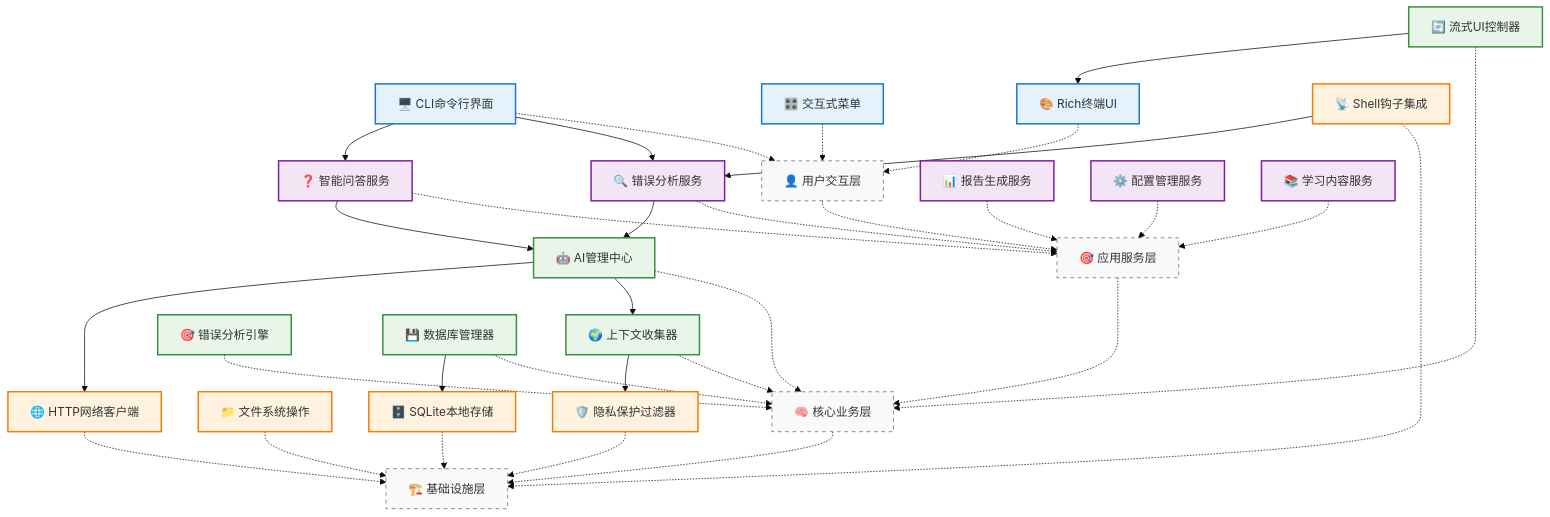
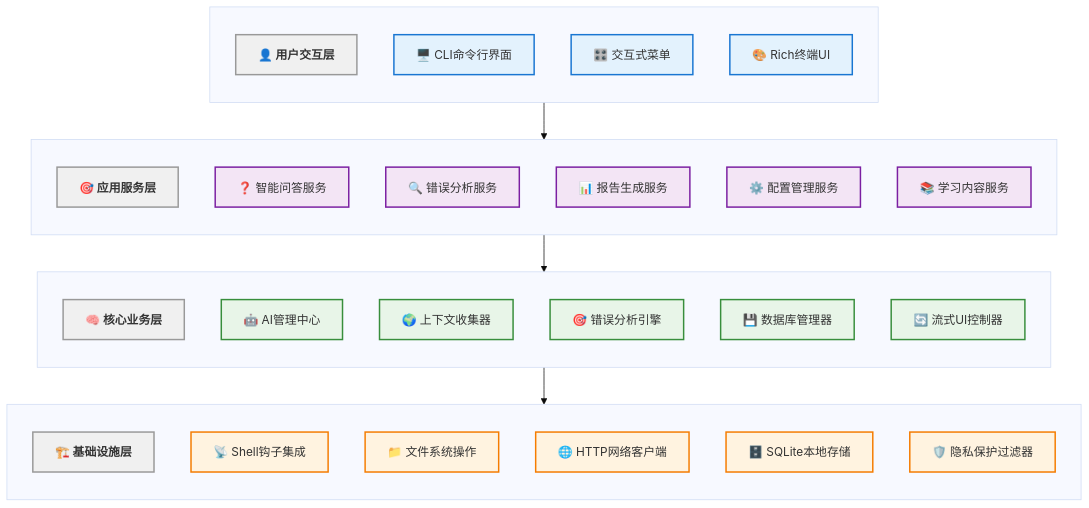
The first of 4 diagrams in docs/development/architecture.md (kangvcar/ais), drawn with Mermaid (base theme) before and after one commit.

Commit message:
refactor: 简化系统架构图，提升清晰度和可读性
### 架构图简化设计
- 🎯 **清晰的四层结构**: 使用subgraph创建四个清晰的分组
  * 每个分组内部使用direction TB确保垂直排列
  * 分组标题为空字符串，避免重复显示标题
  * 每层第一个节点作为层级标识

- 🔗 **极简连接关系**: 只保留层间的主要连接
  * User --> Service --> Core --> Infra
  * 移除所有复杂的内部连接线，避免视觉混乱
  * 突出分层架构的核心概念

- 🎨 **统一视觉风格**:
  * 层级标题使用灰色背景，与功能组件区分
  * 四种颜色代表不同层级的功能组件
  * 保持一致的边框粗细和样式

- 📐 **垂直布局优化**:
  * 每个分组内组件垂直排列，节省水平空间
  * 四个分组从上到下排列，形成清晰的分层结构
  * 整体布局更加紧凑和规整

### 可读性提升
- 消除了虚线和复杂连接造成的视觉干扰
- 分层架构关系一目了然
- 每层的功能组件清晰可见
- 整体结构简洁明了，便于理解

````diff
--- a/docs/development/architecture.md
+++ b/docs/development/architecture.md
@@ -11,79 +11,58 @@
 ```mermaid
-graph TD
-    %% 用户交互层
-    A1["🖥️ CLI命令行界面"] 
-    A2["🎛️ 交互式菜单"] 
-    A3["🎨 Rich终端UI"]
+flowchart TD
+    subgraph User [" "]
+        direction TB
+        U[👤 用户交互层]
+        A1[🖥️ CLI命令行界面]
+        A2[🎛️ 交互式菜单]
+        A3[🎨 Rich终端UI]
+    end
     
-    %% 层级分隔
-    A1 -.-> USER_LAYER["👤 用户交互层"]
-    A2 -.-> USER_LAYER
-    A3 -.-> USER_LAYER
+    subgraph Service [" "]
+        direction TB
+        S[🎯 应用服务层]
+        B1[❓ 智能问答服务]
+        B2[🔍 错误分析服务]
+        B3[📊 报告生成服务]
+        B4[⚙️ 配置管理服务]
+        B5[📚 学习内容服务]
+    end
     
-    %% 应用服务层
-    B1["❓ 智能问答服务"]
-    B2["🔍 错误分析服务"] 
-    B3["📊 报告生成服务"]
-    B4["⚙️ 配置管理服务"]
-    B5["📚 学习内容服务"]
+    subgraph Core [" "]
+        direction TB
+        C[🧠 核心业务层]
+        C1[🤖 AI管理中心]
+        C2[🌍 上下文收集器]
+        C3[🎯 错误分析引擎]
+        C4[💾 数据库管理器]
+        C5[🔄 流式UI控制器]
+    end
     
-    USER_LAYER -.-> SERVICE_LAYER["🎯 应用服务层"]
-    B1 -.-> SERVICE_LAYER
-    B2 -.-> SERVICE_LAYER
-    B3 -.-> SERVICE_LAYER
-    B4 -.-> SERVICE_LAYER
-    B5 -.-> SERVICE_LAYER
+    subgraph Infra [" "]
+        direction TB
+        I[🏗️ 基础设施层]
+        D1[📡 Shell钩子集成]
+        D2[📁 文件系统操作]
+        D3[🌐 HTTP网络客户端]
+        D4[🗄️ SQLite本地存储]
+        D5[🛡️ 隐私保护过滤器]
+    end
     
-    %% 核心业务层
-    C1["🤖 AI管理中心"]
-    C2["🌍 上下文收集器"]
-    C3["🎯 错误分析引擎"] 
-    C4["💾 数据库管理器"]
-    C5["🔄 流式UI控制器"]
+    %% 层间连接
+    User --> Service
+    Service --> Core
+    Core --> Infra
     
-    SERVICE_LAYER -.-> CORE_LAYER["🧠 核心业务层"]
-    C1 -.-> CORE_LAYER
-    C2 -.-> CORE_LAYER
-    C3 -.-> CORE_LAYER
-    C4 -.-> CORE_LAYER
-    C5 -.-> CORE_LAYER
+    %% 样式
+    classDef layerTitle fill:#f0f0f0,stroke:#999,stroke-width:2px,font-weight:bold
+    classDef userComp fill:#e3f2fd,stroke:#1976d2,stroke-width:2px
+    classDef serviceComp fill:#f3e5f5,stroke:#7b1fa2,stroke-width:2px
+    classDef coreComp fill:#e8f5e8,stroke:#388e3c,stroke-width:2px
+    classDef infraComp fill:#fff3e0,stroke:#f57c00,stroke-width:2px
     
-    %% 基础设施层
-    D1["📡 Shell钩子集成"]
-    D2["📁 文件系统操作"]
-    D3["🌐 HTTP网络客户端"]
-    D4["🗄️ SQLite本地存储"] 
-    D5["🛡️ 隐私保护过滤器"]
-    
-    CORE_LAYER -.-> INFRA_LAYER["🏗️ 基础设施层"]
-    D1 -.-> INFRA_LAYER
-    D2 -.-> INFRA_LAYER
-    D3 -.-> INFRA_LAYER
-    D4 -.-> INFRA_LAYER
-    D5 -.-> INFRA_LAYER
-    
-    %% 主要数据流 - 简化版本
-    A1 --> B2
-    A1 --> B1
-    B2 --> C1
-    B1 --> C1
-    C1 --> C2
-    C1 --> D3
-    C2 --> D5
-    C4 --> D4
-    D1 --> B2
-    C5 --> A3
-    
-    %% 样式定义
-    classDef userStyle fill:#e3f2fd,stroke:#1976d2,stroke-width:2px
-    classDef serviceStyle fill:#f3e5f5,stroke:#7b1fa2,stroke-width:2px  
-    classDef coreStyle fill:#e8f5e8,stroke:#388e3c,stroke-width:2px
-    classDef infraStyle fill:#fff3e0,stroke:#f57c00,stroke-width:2px
-    classDef layerStyle fill:#f9f9f9,stroke:#666,stroke-width:1px,stroke-dasharray: 5 5
-    
-    class A1,A2,A3 userStyle
-    class B1,B2,B3,B4,B5 serviceStyle
-    class C1,C2,C3,C4,C5 coreStyle
-    class D1,D2,D3,D4,D5 infraStyle
-    class USER_LAYER,SERVICE_LAYER,CORE_LAYER,INFRA_LAYER layerStyle
+    class U,S,C,I layerTitle
+    class A1,A2,A3 userComp
+    class B1,B2,B3,B4,B5 serviceComp
+    class C1,C2,C3,C4,C5 coreComp
+    class D1,D2,D3,D4,D5 infraComp
 ```
````
